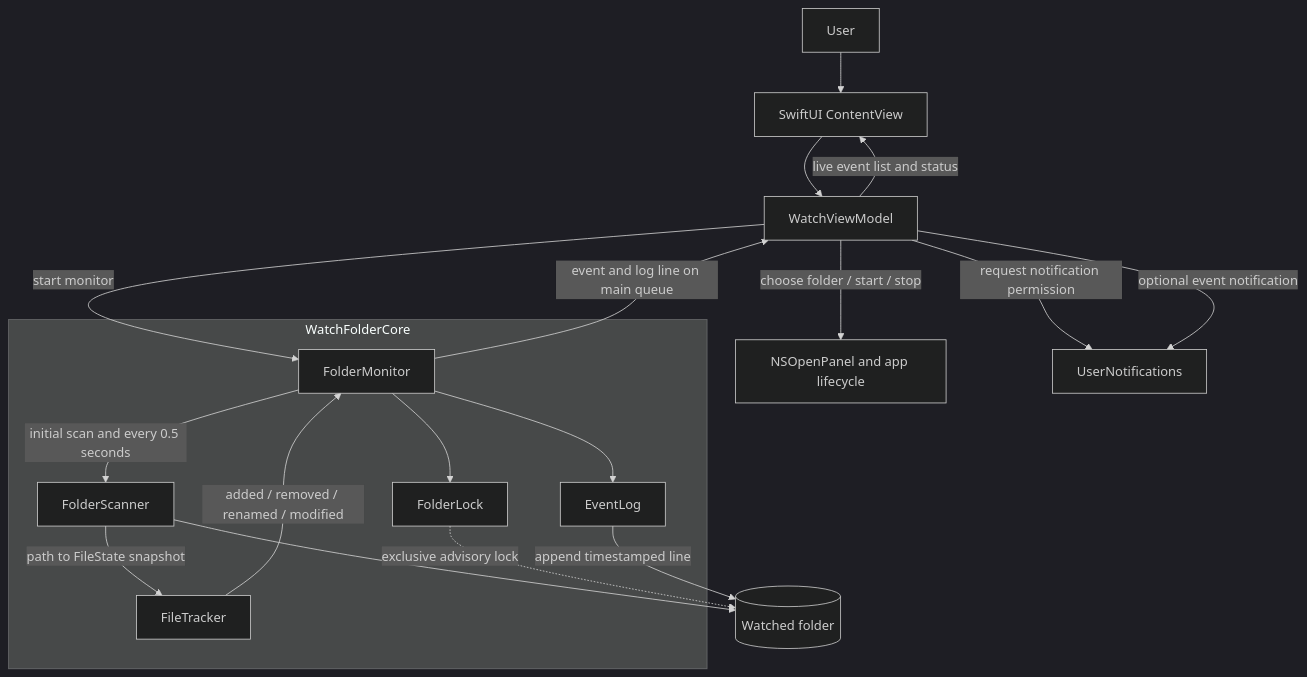
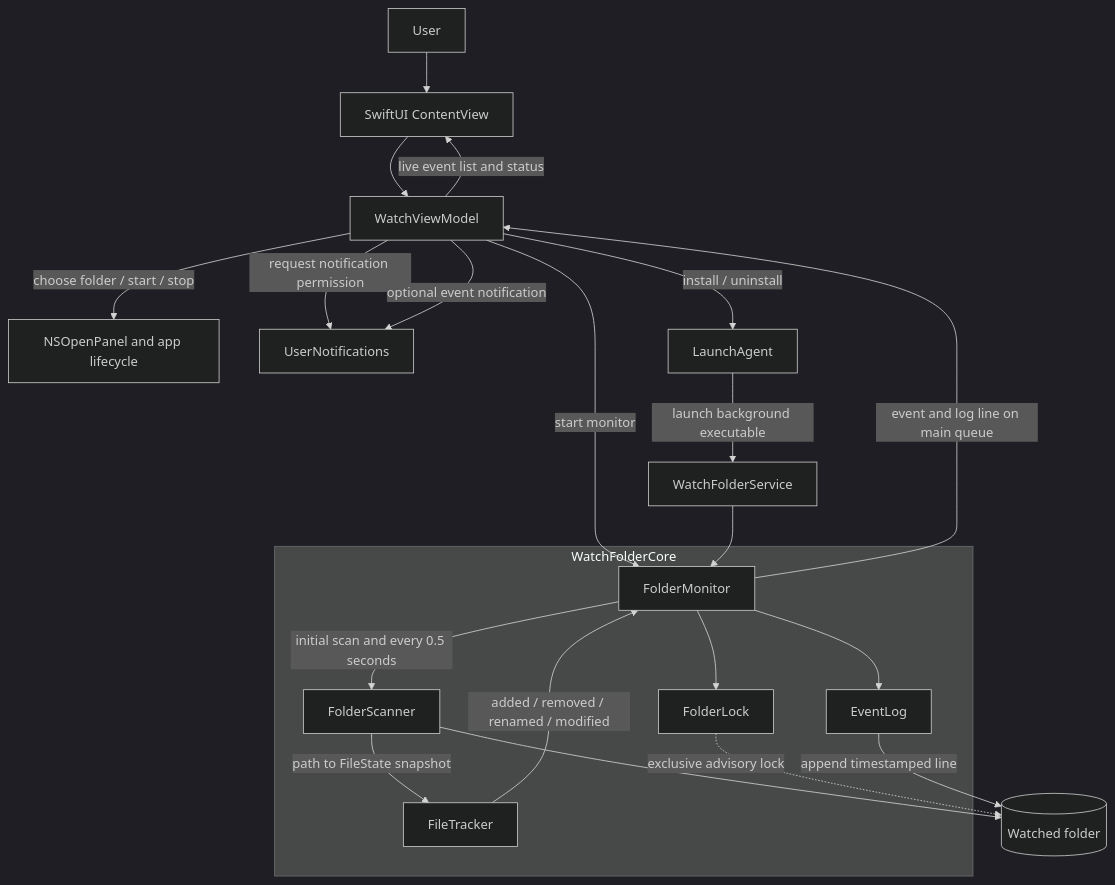
Before and after one commit to justPaulo/WatchFolderApp: the diagram in ARCHITECTURE.md, drawn with Mermaid (dark theme). The commit also changed other lines of this file and 10 other files, not shown here.

````diff
--- a/ARCHITECTURE.md
+++ b/ARCHITECTURE.md
@@ -7,23 +7,26 @@
 ```mermaid
 flowchart TD
     User[User] --> UI[SwiftUI ContentView]
     UI --> VM[WatchViewModel]
     VM -->|choose folder / start / stop| AppKit[NSOpenPanel and app lifecycle]
     VM -->|request notification permission| Notifications[UserNotifications]
     VM -->|start monitor| Monitor[FolderMonitor]
+    VM -->|install / uninstall| Service[LaunchAgent]
+    Service -->|launch background executable| ServiceMonitor[WatchFolderService]
+    ServiceMonitor --> Monitor
 
     subgraph Core[WatchFolderCore]
         Monitor -->|initial scan and every 0.5 seconds| Scanner[FolderScanner]
         Scanner -->|path to FileState snapshot| Tracker[FileTracker]
         Tracker -->|added / removed / renamed / modified| Monitor
         Monitor --> Lock[FolderLock]
         Monitor --> Log[EventLog]
     end
 
     Scanner --> FS[(Watched folder)]
     Lock -.->|exclusive advisory lock| FS
     Log -->|append timestamped line| FS
     Monitor -->|event and log line on main queue| VM
     VM -->|live event list and status| UI
     VM -->|optional event notification| Notifications
 ```
````
